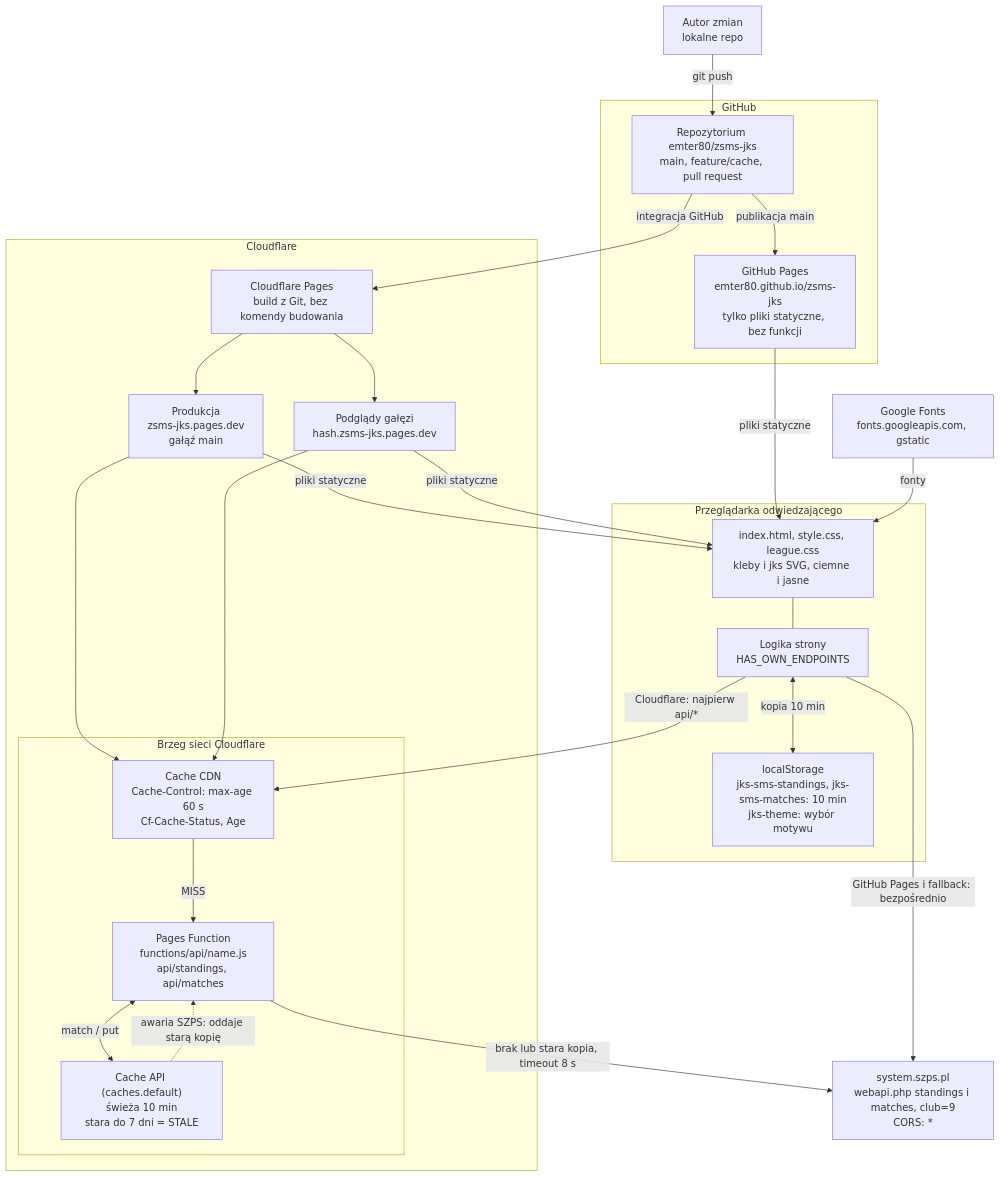
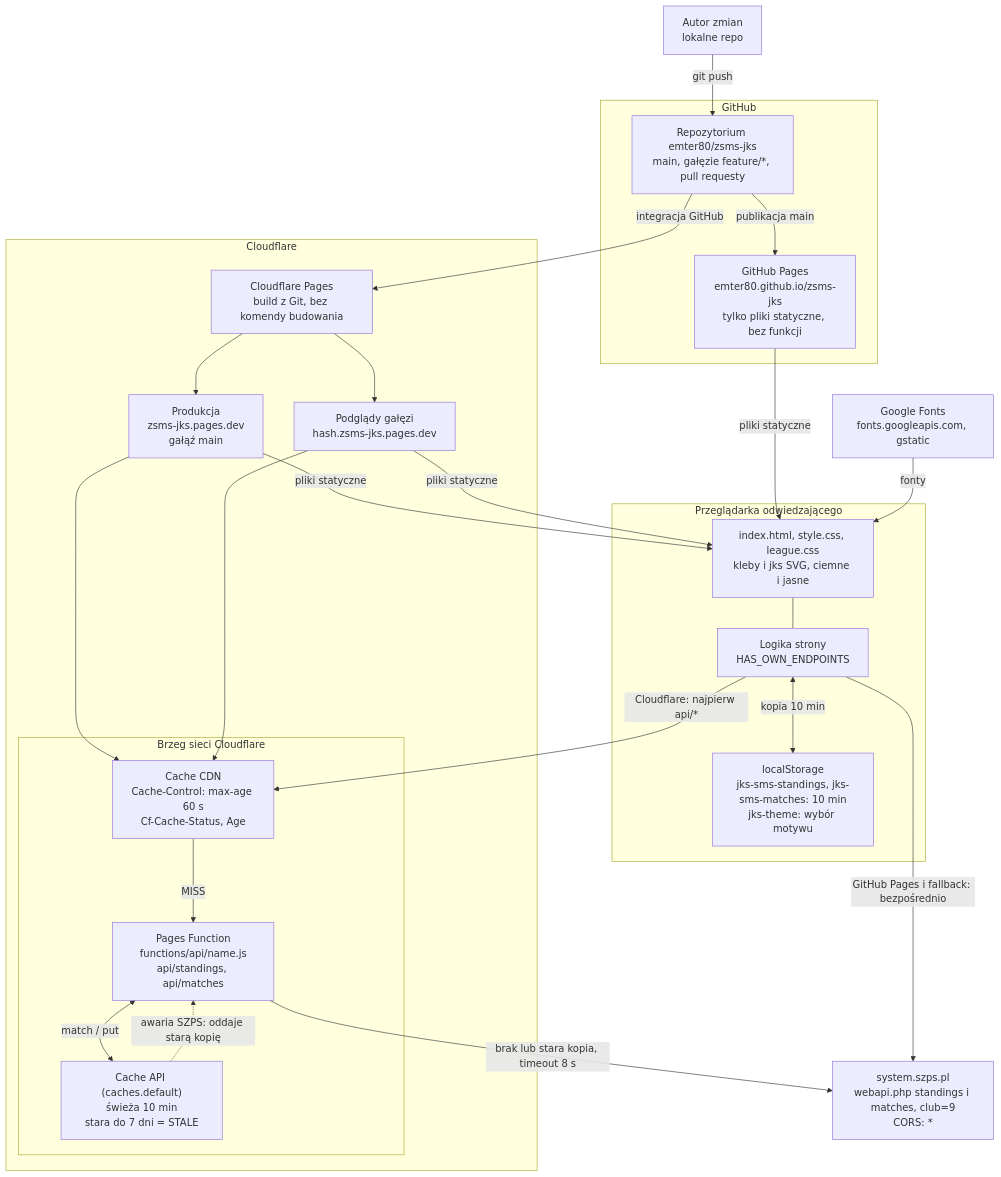
Before and after one commit to emter80/zsms-jks: the first of 2 diagrams in ARCHITEKTURA.md, drawn with Mermaid.

Commit message:
ARCHITEKTURA.md: ogólna etykieta gałęzi (feature/*) zamiast usuniętego feature/cache

````diff
--- a/ARCHITEKTURA.md
+++ b/ARCHITEKTURA.md
@@ -13,52 +13,52 @@
 ```mermaid
 flowchart TB
   dev["Autor zmian<br/>lokalne repo"]
 
   subgraph GH["GitHub"]
-    repo["Repozytorium emter80/zsms-jks<br/>main, feature/cache, pull request"]
+    repo["Repozytorium emter80/zsms-jks<br/>main, gałęzie feature/*, pull requesty"]
     ghp["GitHub Pages<br/>emter80.github.io/zsms-jks<br/>tylko pliki statyczne, bez funkcji"]
   end
 
   subgraph CF["Cloudflare"]
     cfb["Cloudflare Pages<br/>build z Git, bez komendy budowania"]
     prod["Produkcja<br/>zsms-jks.pages.dev<br/>gałąź main"]
     prev["Podglądy gałęzi<br/>hash.zsms-jks.pages.dev"]
     subgraph EDGE["Brzeg sieci Cloudflare"]
       cdn["Cache CDN<br/>Cache-Control: max-age 60 s<br/>Cf-Cache-Status, Age"]
       fn["Pages Function<br/>functions/api/name.js<br/>api/standings, api/matches"]
       kv["Cache API (caches.default)<br/>świeża 10 min<br/>stara do 7 dni = STALE"]
     end
   end
 
   szps["system.szps.pl<br/>webapi.php standings i matches, club=9<br/>CORS: *"]
   fonts["Google Fonts<br/>fonts.googleapis.com, gstatic"]
 
   subgraph BR["Przeglądarka odwiedzającego"]
     page["index.html, style.css, league.css<br/>kleby i jks SVG, ciemne i jasne"]
     logic["Logika strony<br/>HAS_OWN_ENDPOINTS"]
     ls["localStorage<br/>jks-sms-standings, jks-sms-matches: 10 min<br/>jks-theme: wybór motywu"]
   end
 
   dev -->|"git push"| repo
   repo -->|"publikacja main"| ghp
   repo -->|"integracja GitHub"| cfb
   cfb --> prod
   cfb --> prev
 
   ghp -->|"pliki statyczne"| page
   prod -->|"pliki statyczne"| page
   prev -->|"pliki statyczne"| page
   fonts -->|"fonty"| page
 
   page --- logic
   logic <-->|"kopia 10 min"| ls
   logic -->|"Cloudflare: najpierw api/*"| cdn
   logic -->|"GitHub Pages i fallback: bezpośrednio"| szps
 
   prod --> cdn
   prev --> cdn
   cdn -->|"MISS"| fn
   fn <-->|"match / put"| kv
   fn -->|"brak lub stara kopia, timeout 8 s"| szps
   kv -.->|"awaria SZPS: oddaje starą kopię"| fn
 ```
````
